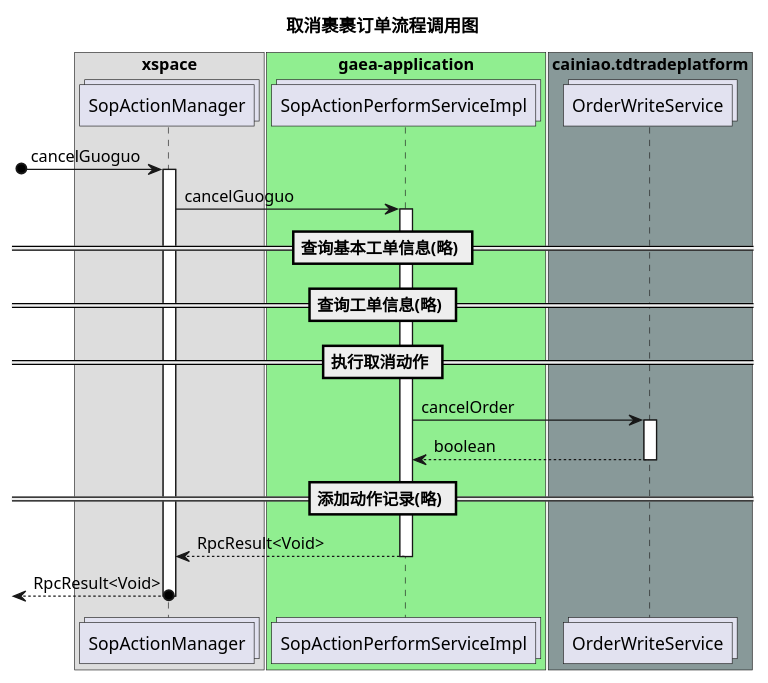
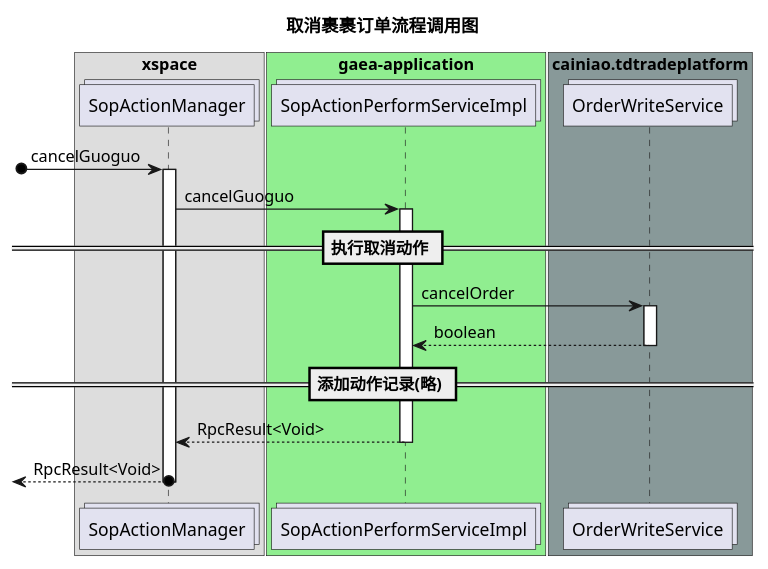
One commit to xian2207/xian2207.github.io changed the seventh of 21 diagrams in _posts/2020-06-29-17-42-58-sop.md. Above: the diagram before and after it, drawn with PlantUML. The commit also changed other lines of this file and 48 other files, not shown here.

````diff
--- a/_posts/2020-06-29-17-42-58-sop.md
+++ b/_posts/2020-06-29-17-42-58-sop.md
@@ -802,41 +799,35 @@
 ```plantuml
 @startuml
 title 取消裹裹订单流程调用图
-
 ' xspace
 box xspace
 collections "SopActionManager" as SopActionManager
 end box
 ' gaea-apllication
 box "gaea-application" #LightGreen
 collections "SopActionPerformServiceImpl" as SopActionPerformService
 
 end box
 
 
 box "cainiao.tdtradeplatform" #899
 collections "OrderWriteService" as OrderWriteService
 end box 
 
-
-
 ' 开始流程
 [o-> SopActionManager : cancelGuoguo
 activate SopActionManager
 SopActionManager -> SopActionPerformService : cancelGuoguo
 activate SopActionPerformService
-== 查询基本工单信息(略) ==
-
-== 查询工单信息(略) ==
 
 ==  执行取消动作 ==
 SopActionPerformService -> OrderWriteService : cancelOrder
 activate OrderWriteService
 return boolean
 
 == 添加动作记录(略) ==
 return RpcResult<Void>
 return RpcResult<Void>
 
 @enduml
 ```
````
